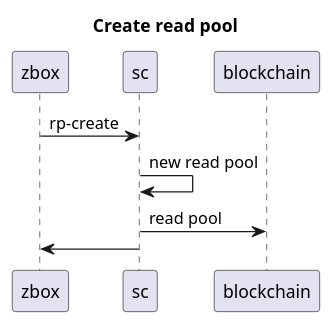
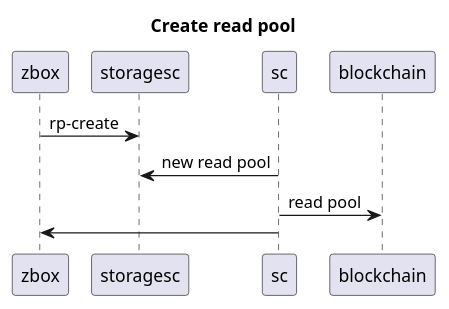
One commit to 0chain/zboxcli changed diagram 26 of 32 in documents/uml.md. Above: the diagram before and after it, drawn with PlantUML. The commit also changed other lines of this file and 1 other file, not shown here.

````diff
--- a/documents/uml.md
+++ b/documents/uml.md
@@ -612,7 +618,7 @@
 ```puml
 title Create read pool
-zbox -> sc : rp-create
-sc -> sc : new read pool
+zbox ->storagesc: rp-create
+sc ->storagesc: new read pool
 sc -> blockchain : read pool
 sc -> zbox
 ```
````
